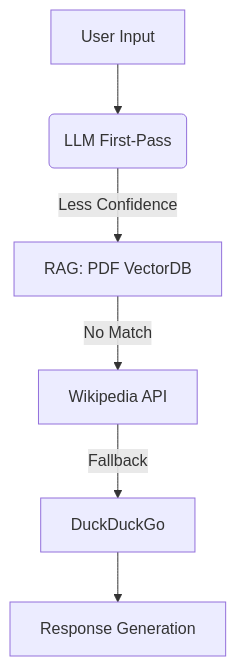
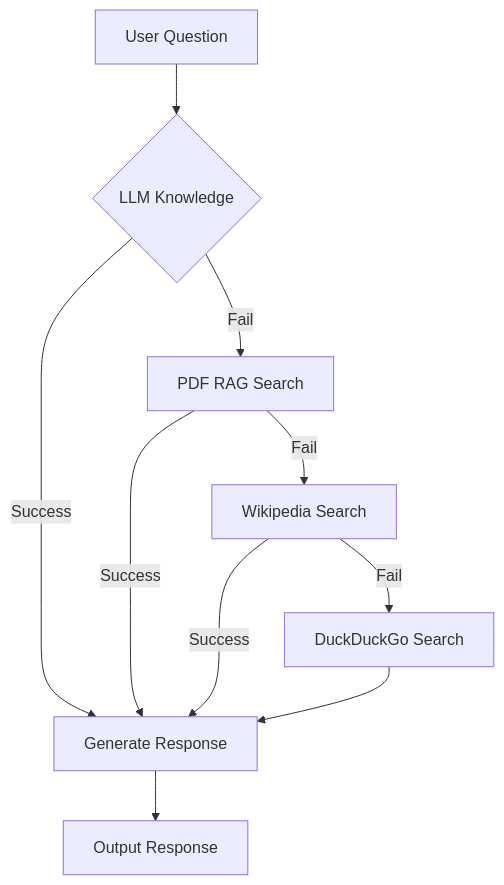
Before and after one commit to Md-Emon-Hasan/MediGenius: the diagram in README.md, drawn with Mermaid. The commit also changed other lines of this file and 5 other files, not shown here.

````diff
--- a/README.md
+++ b/README.md
@@ -219,8 +128,12 @@
 ```mermaid
 graph TD
-    A[User Input] --> B(LLM First-Pass)
-    B -->|Less Confidence| C[RAG: PDF VectorDB]
-    C -->|No Match| D[Wikipedia API]
-    D -->|Fallback| E[DuckDuckGo]
-    E --> F[Response Generation]
+    A[User Question] --> B{LLM Knowledge}
+    B -->|Success| C[Generate Response]
+    B -->|Fail| D[PDF RAG Search]
+    D -->|Success| C
+    D -->|Fail| E[Wikipedia Search]
+    E -->|Success| C
+    E -->|Fail| F[DuckDuckGo Search]
+    F --> C
+    C --> G[Output Response]
 ```
````
